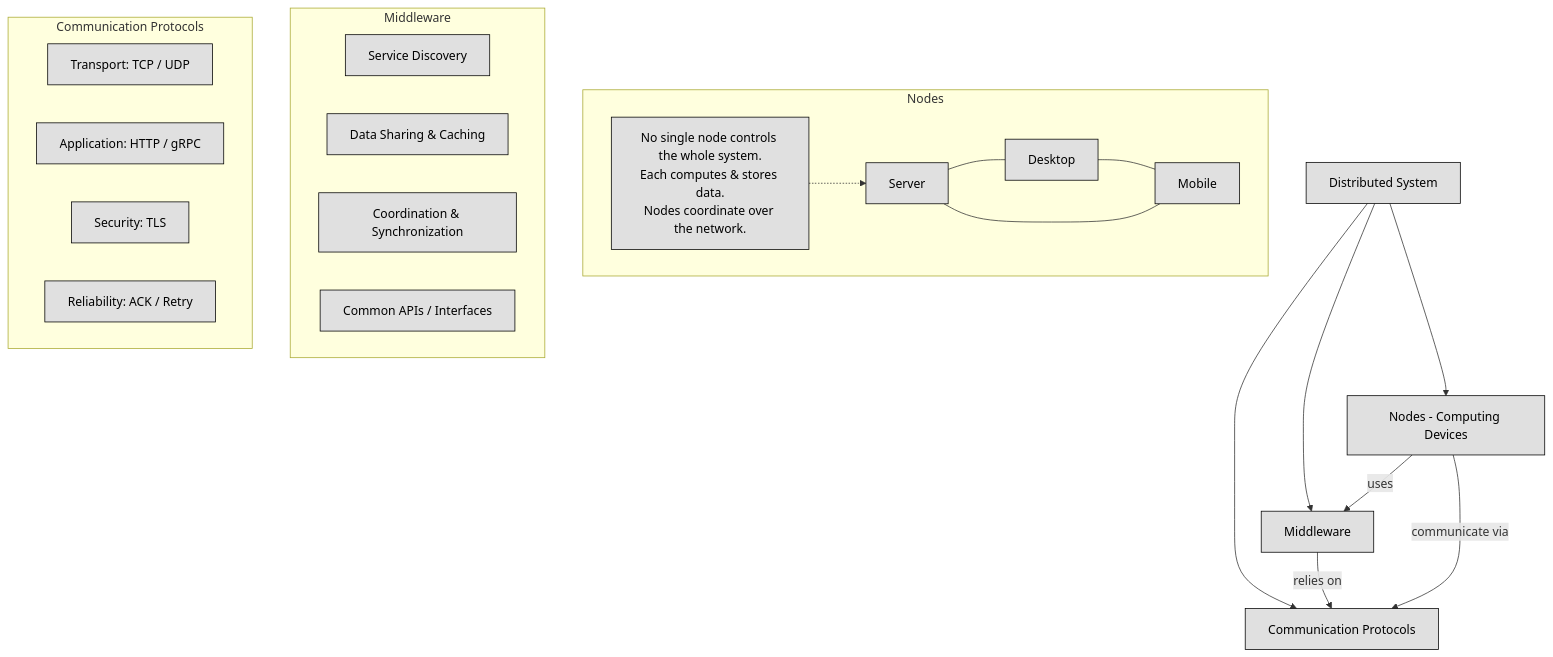
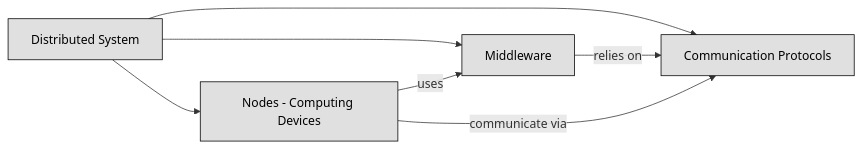
One commit to lorenzoleonelli/CISSP-Zero-to-Hero changed the third of 3 diagrams in DOMAIN3: Security Architecture and Engineering/3.05 Assess and mitigate the vulnerabilities of security architectures, designs and solution elements.md. Above: the diagram before and after it, drawn with Mermaid.

Commit message:
Update 3.05 Assess and mitigate the vulnerabilities of security architectures, designs and solution elements.md

````diff
--- a/DOMAIN3: Security Architecture and Engineering/3.05 Assess and mitigate the vulnerabilities of security architectures, designs and solution elements.md
+++ b/DOMAIN3: Security Architecture and Engineering/3.05 Assess and mitigate the vulnerabilities of security architectures, designs and solution elements.md
@@ -780,42 +780,16 @@
 ```mermaid
-graph TD
+graph LR
   A[Distributed System] --> B[Nodes - Computing Devices]
   A --> C[Middleware]
   A --> D[Communication Protocols]
 
-  %% NODES
-  subgraph Bx[Nodes]
-    B1[Server]
-    B2[Desktop]
-    B3[Mobile]
-    B1 --- B2
-    B2 --- B3
-    B3 --- B1
-    Bnote[No single node controls the whole system.\nEach computes & stores data.\nNodes coordinate over the network.]
-    Bnote -.-> B1
-  end
 
-  %% MIDDLEWARE
-  subgraph Cx[Middleware]
-    C1[Service Discovery]
-    C2[Data Sharing & Caching]
-    C3[Coordination & Synchronization]
-    C4[Common APIs / Interfaces]
-  end
-
-  %% PROTOCOLS
-  subgraph Dx[Communication Protocols]
-    D1[Transport: TCP / UDP]
-    D2[Application: HTTP / gRPC]
-    D3[Security: TLS]
-    D4[Reliability: ACK / Retry]
-  end
 
   %% RELATIONSHIPS
   B -->|uses| C
   C -->|relies on| D
   B -->|communicate via| D
 
     classDef center fill:#ffffff,color:#000000,stroke:#000000,stroke-width:1px,font-weight:bold
     classDef node fill:#e0e0e0,color:#000000,stroke:#000000,stroke-width:1px
 ```
````
